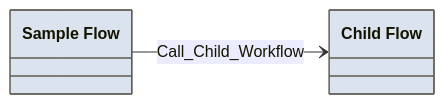
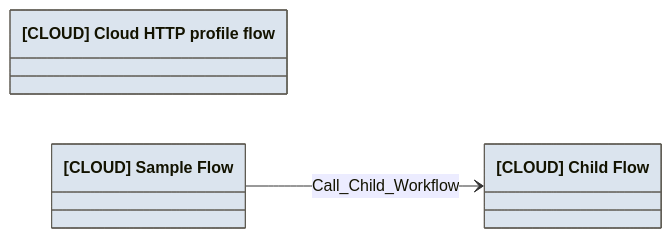
The diagram in tests/fixtures/expected/ArchitectureDiagram.FlowsOnly.expected.md (autosysops/PowerShell_PowerPlatformChecker), drawn with Mermaid before and after one commit. The commit also changed 203 other files, not shown here.

Commit message:
wip external connections and desktop flows

```diff
--- a/tests/fixtures/expected/ArchitectureDiagram.FlowsOnly.expected.md
+++ b/tests/fixtures/expected/ArchitectureDiagram.FlowsOnly.expected.md
@@ -1,9 +1,10 @@
 :::mermaid
 classDiagram
 direction LR
-class flow22222222-2222-2222-2222-222222222222["Child Flow"]:::Flow
-class flow11111111-1111-1111-1111-111111111111["Sample Flow"]:::Flow
+class flow22222222-2222-2222-2222-222222222222["[CLOUD] Child Flow"]:::Flow
+class flow23232323-2323-2323-2323-232323232323["[CLOUD] Cloud HTTP profile flow"]:::Flow
+class flow11111111-1111-1111-1111-111111111111["[CLOUD] Sample Flow"]:::Flow
 flow11111111-1111-1111-1111-111111111111 --> flow22222222-2222-2222-2222-222222222222:Call_Child_Workflow
 classDef default fill:red,stroke:#5E5B52
 classDef Flow fill:#DBE4EE,stroke:#5E5B52
 :::
```
